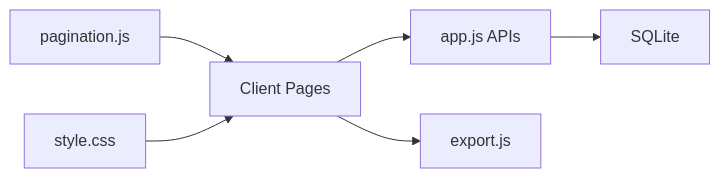
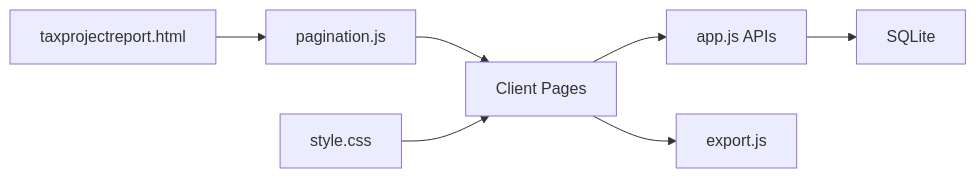
The sixth of 6 diagrams in .qoder/repowiki/en/content/Advanced Features/Data Pagination & Performance Optimization.md (rendisiagian/TDS_by_RENDISIAGIAN), drawn with Mermaid before and after one commit. The commit also changed other lines of this file and 8 other files, not shown here.

````diff
--- a/.qoder/repowiki/en/content/Advanced Features/Data Pagination & Performance Optimization.md
+++ b/.qoder/repowiki/en/content/Advanced Features/Data Pagination & Performance Optimization.md
@@ -292,8 +324,9 @@
 ```mermaid
 graph LR
 PG["pagination.js"] --> UI["Client Pages"]
+TaxReport["taxprojectreport.html"] --> PG
 UI --> API["app.js APIs"]
 API --> DB["SQLite"]
 UI --> Export["export.js"]
 Styles["style.css"] --> UI
 ```
````
